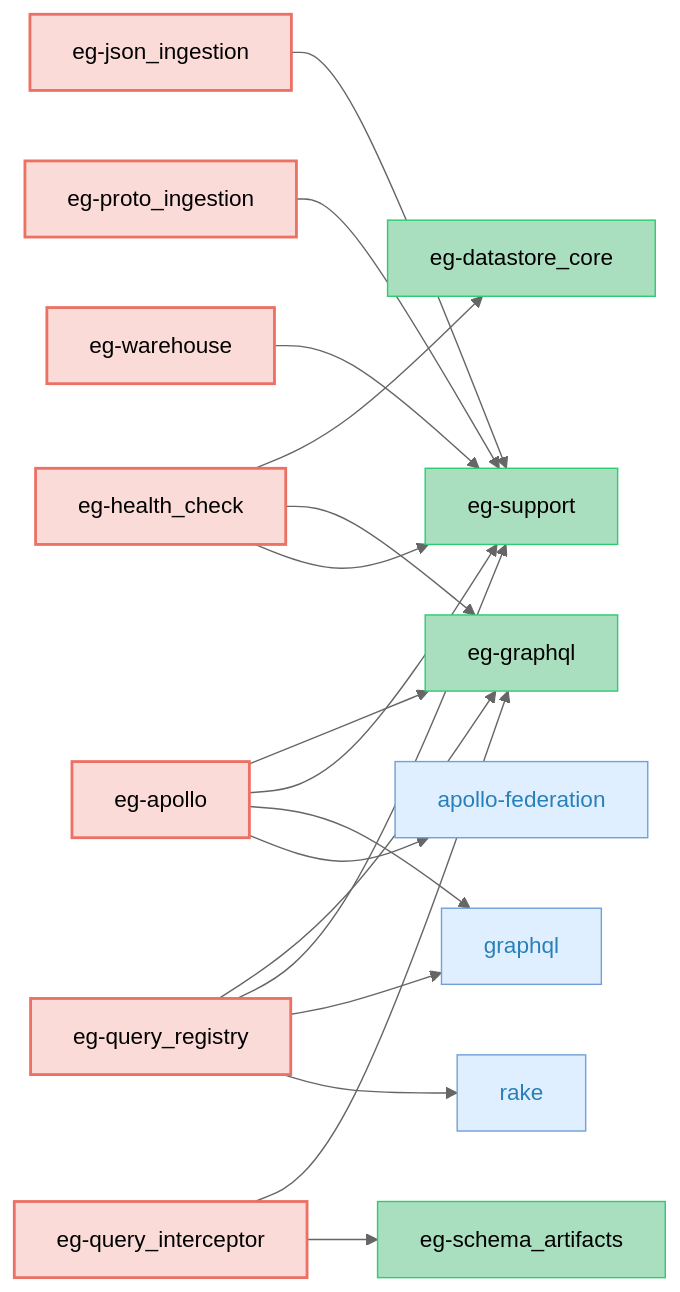
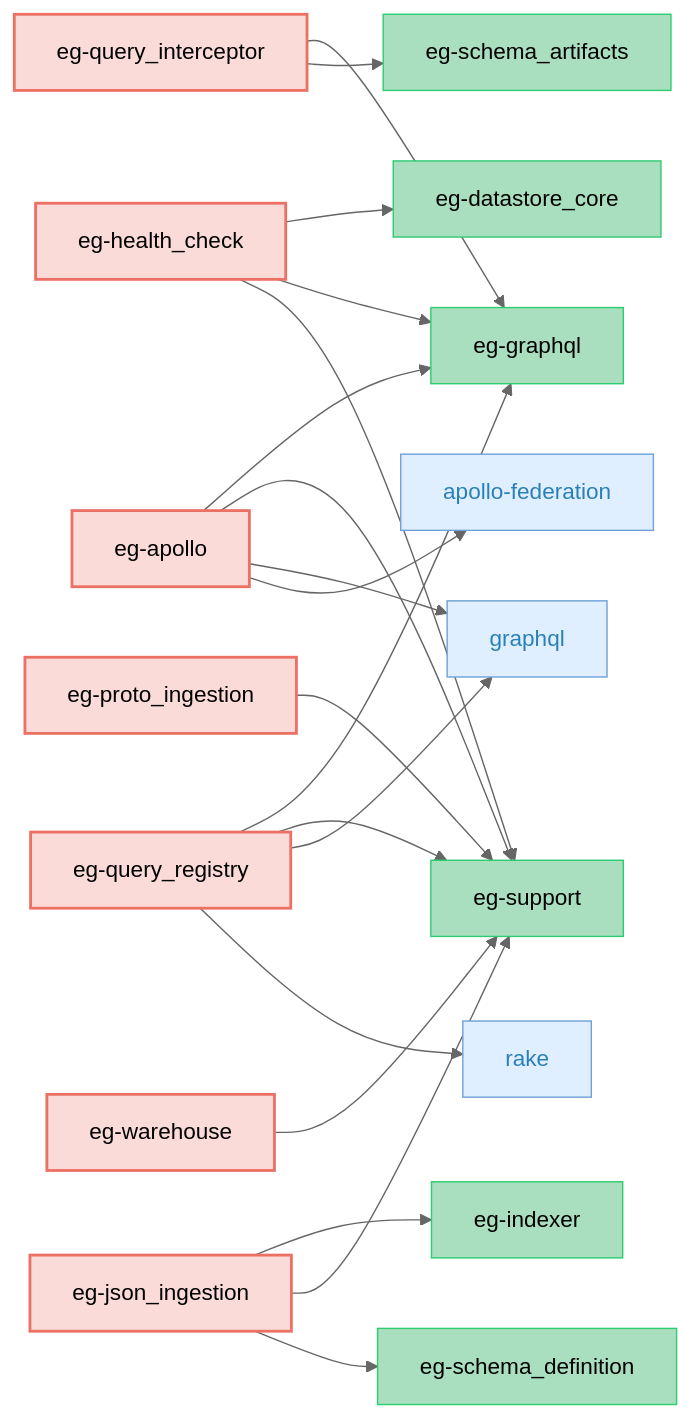
One commit to block/elasticgraph changed the fourth of 5 diagrams in CODEBASE_OVERVIEW.md. Above: the diagram before and after it, drawn with Mermaid (neutral theme). The commit also changed 53 other files, not shown here.

First line of the commit message:
Move JSON ingestion into elasticgraph-json_ingestion via an indexer extension (#1302)

````diff
--- a/CODEBASE_OVERVIEW.md
+++ b/CODEBASE_OVERVIEW.md
@@ -209,53 +209,59 @@
 ```mermaid
 graph LR;
     classDef targetGemStyle fill:#FADBD8,stroke:#EC7063,color:#000,stroke-width:2px;
     classDef otherEgGemStyle fill:#A9DFBF,stroke:#2ECC71,color:#000;
     classDef externalGemCatStyle fill:#E0EFFF,stroke:#70A1D7,color:#2980B9;
     elasticgraph-apollo["eg-apollo"];
     elasticgraph-graphql["eg-graphql"];
     elasticgraph-support["eg-support"];
     graphql["graphql"];
     apollo-federation["apollo-federation"];
     elasticgraph-health_check["eg-health_check"];
     elasticgraph-datastore_core["eg-datastore_core"];
     elasticgraph-json_ingestion["eg-json_ingestion"];
+    elasticgraph-indexer["eg-indexer"];
+    elasticgraph-schema_definition["eg-schema_definition"];
     elasticgraph-proto_ingestion["eg-proto_ingestion"];
     elasticgraph-query_interceptor["eg-query_interceptor"];
     elasticgraph-schema_artifacts["eg-schema_artifacts"];
     elasticgraph-query_registry["eg-query_registry"];
     rake["rake"];
     elasticgraph-warehouse["eg-warehouse"];
     elasticgraph-apollo --> elasticgraph-graphql;
     elasticgraph-apollo --> elasticgraph-support;
     elasticgraph-apollo --> graphql;
     elasticgraph-apollo --> apollo-federation;
     elasticgraph-health_check --> elasticgraph-datastore_core;
     elasticgraph-health_check --> elasticgraph-graphql;
     elasticgraph-health_check --> elasticgraph-support;
+    elasticgraph-json_ingestion --> elasticgraph-indexer;
     elasticgraph-json_ingestion --> elasticgraph-support;
+    elasticgraph-json_ingestion --> elasticgraph-schema_definition;
     elasticgraph-proto_ingestion --> elasticgraph-support;
     elasticgraph-query_interceptor --> elasticgraph-graphql;
     elasticgraph-query_interceptor --> elasticgraph-schema_artifacts;
     elasticgraph-query_registry --> elasticgraph-graphql;
     elasticgraph-query_registry --> elasticgraph-support;
     elasticgraph-query_registry --> graphql;
     elasticgraph-query_registry --> rake;
     elasticgraph-warehouse --> elasticgraph-support;
     class elasticgraph-apollo targetGemStyle;
     class elasticgraph-graphql otherEgGemStyle;
     class elasticgraph-support otherEgGemStyle;
     class graphql externalGemCatStyle;
     class apollo-federation externalGemCatStyle;
     class elasticgraph-health_check targetGemStyle;
     class elasticgraph-datastore_core otherEgGemStyle;
     class elasticgraph-json_ingestion targetGemStyle;
+    class elasticgraph-indexer otherEgGemStyle;
+    class elasticgraph-schema_definition otherEgGemStyle;
     class elasticgraph-proto_ingestion targetGemStyle;
     class elasticgraph-query_interceptor targetGemStyle;
     class elasticgraph-schema_artifacts otherEgGemStyle;
     class elasticgraph-query_registry targetGemStyle;
     class rake externalGemCatStyle;
     class elasticgraph-warehouse targetGemStyle;
     click graphql href "https://rubygems.org/gems/graphql" "Open on RubyGems.org" _blank;
     click apollo-federation href "https://rubygems.org/gems/apollo-federation" "Open on RubyGems.org" _blank;
     click rake href "https://rubygems.org/gems/rake" "Open on RubyGems.org" _blank;
 ```
````
